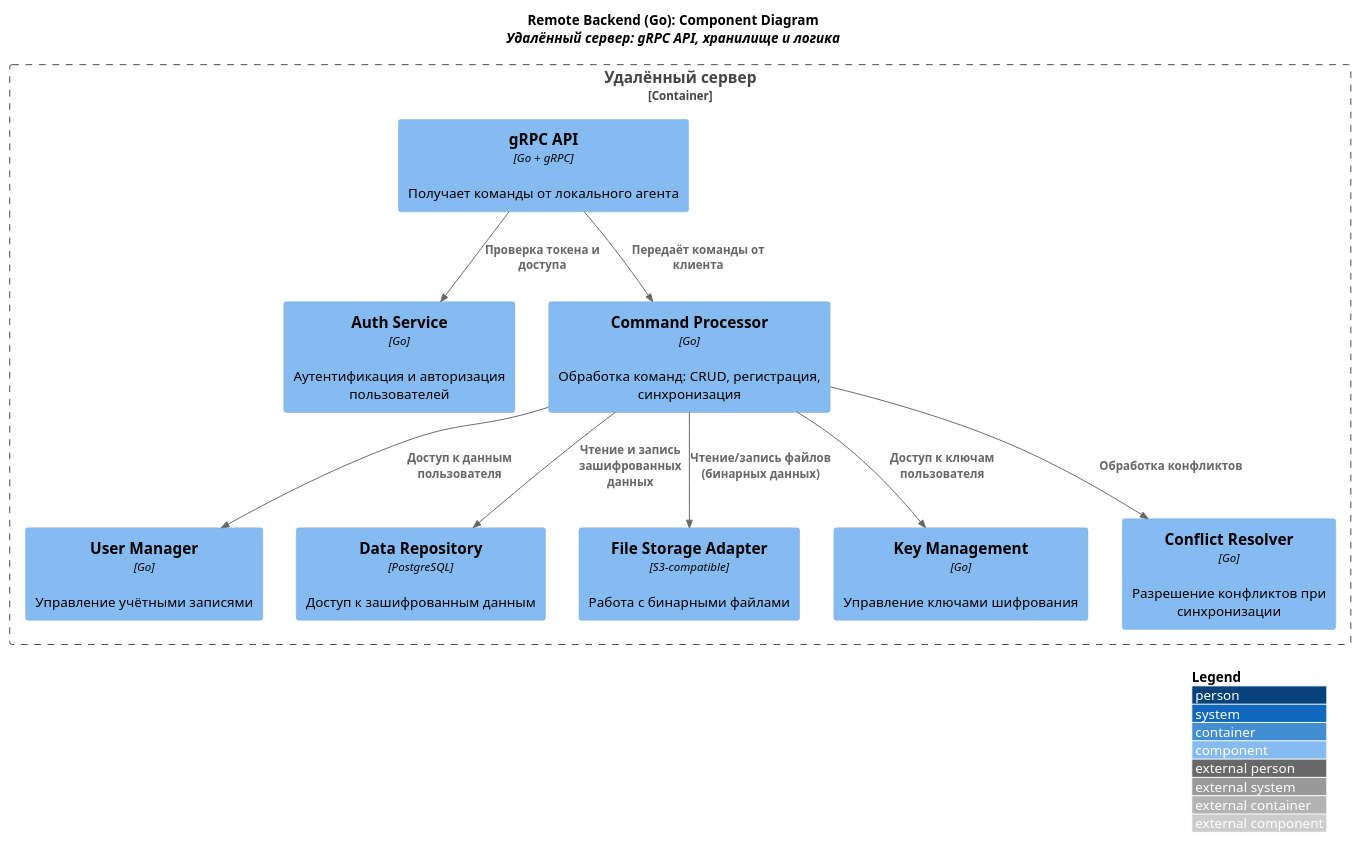
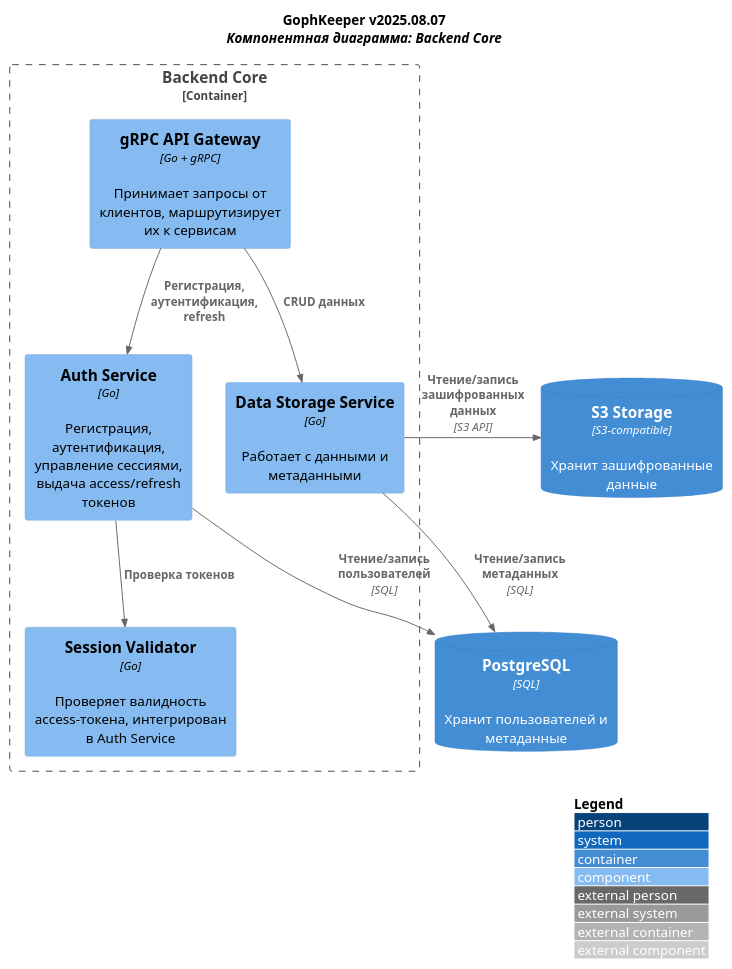
One commit to talx-hub/gophkeeper changed the diagram in c4-server-component-view.puml. Above: the diagram before and after it, drawn with PlantUML. The commit also changed other lines of this file and 3 other files, not shown here.

```diff
--- a/c4-server-component-view.puml
+++ b/c4-server-component-view.puml
@@ -1,33 +1,33 @@
 @startuml
 !include https://raw.githubusercontent.com/plantuml-stdlib/C4-PlantUML/master/C4_Component.puml
 
 LAYOUT_WITH_LEGEND()
 LAYOUT_TOP_DOWN()
-skinparam wrapWidth 300
 
 title
-<b>Remote Backend (Go): Component Diagram</b>
-<i>Удалённый сервер: gRPC API, хранилище и логика</i>
+  <b>GophKeeper v2025.08.07</b>
+  <i>Компонентная диаграмма: Backend Core</i>
 end title
 
-Container_Boundary(remote_backend, "Удалённый сервер", "Go", "Обрабатывает gRPC-запросы и управляет данными"){
-    Component(grpc_api, "gRPC API", "Go + gRPC", "Получает команды от локального агента")
-    Component(auth_service, "Auth Service", "Go", "Аутентификация и авторизация пользователей")
-    Component(command_processor, "Command Processor", "Go", "Обработка команд: CRUD, регистрация, синхронизация")
-    Component(user_manager, "User Manager", "Go", "Управление учётными записями")
-    Component(data_repository, "Data Repository", "PostgreSQL", "Доступ к зашифрованным данным")
-    Component(file_storage_adapter, "File Storage Adapter", "S3-compatible", "Работа с бинарными файлами")
-    Component(key_management, "Key Management", "Go", "Управление ключами шифрования")
-    Component(conflict_resolver, "Conflict Resolver", "Go", "Разрешение конфликтов при синхронизации")
+' ==== Компоненты ядра ====
+Container_Boundary(backend_core, "Backend Core"){
+  Component(api_gateway, "gRPC API Gateway", "Go + gRPC", "Принимает запросы от клиентов, маршрутизирует их к сервисам")
+  Component(auth_service, "Auth Service", "Go", "Регистрация, аутентификация, управление сессиями, выдача access/refresh токенов")
+  Component(data_service, "Data Storage Service", "Go", "Работает с данными и метаданными")
+  Component(session_validator, "Session Validator", "Go", "Проверяет валидность access-токена, интегрирован в Auth Service")
+}
+' ==== Внешние системы ====
+ContainerDb(pg_db, "PostgreSQL", "SQL", "Хранит пользователей и метаданные")
+ContainerDb(s3_store, "S3 Storage", "S3-compatible", "Хранит зашифрованные данные")
 
-    Rel(grpc_api, auth_service, "Проверка токена и доступа")
-    Rel(grpc_api, command_processor, "Передаёт команды от клиента")
+' ==== Взаимодействия ====
+Rel(api_gateway, auth_service, "Регистрация, аутентификация, refresh")
+Rel(api_gateway, data_service, "CRUD данных")
 
-    Rel(command_processor, data_repository, "Чтение и запись зашифрованных данных")
-    Rel(command_processor, file_storage_adapter, "Чтение/запись файлов (бинарных данных)")
-    Rel(command_processor, user_manager, "Доступ к данным пользователя")
-    Rel(command_processor, key_management, "Доступ к ключам пользователя")
-    Rel(command_processor, conflict_resolver, "Обработка конфликтов")
-}
+Rel(auth_service, session_validator, "Проверка токенов")
+Rel(auth_service, pg_db, "Чтение/запись пользователей", "SQL")
+
+Rel(data_service, pg_db, "Чтение/запись метаданных", "SQL")
+Rel_R(data_service, s3_store, "Чтение/запись зашифрованных данных", "S3 API")
 
 @enduml
```
